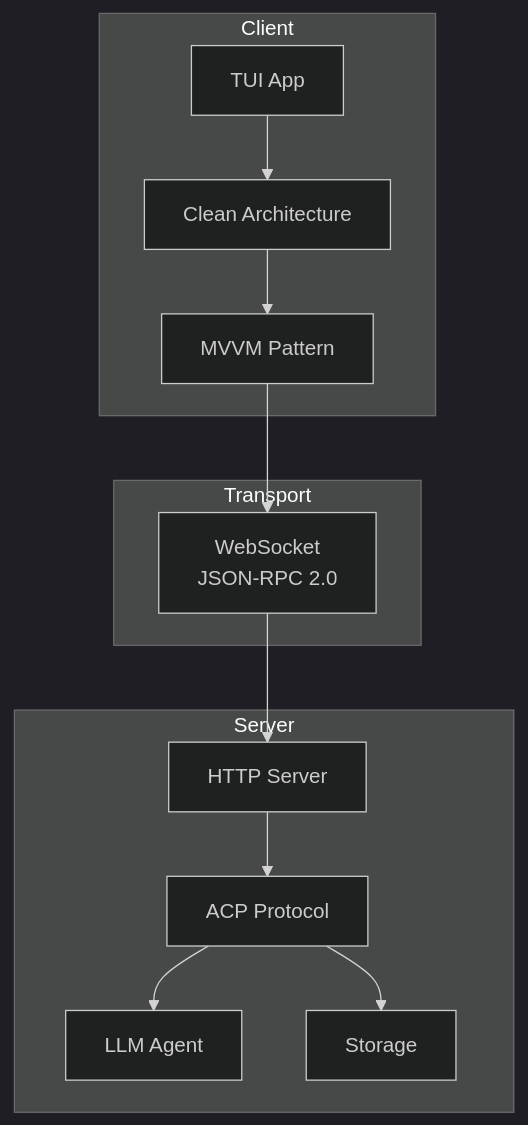
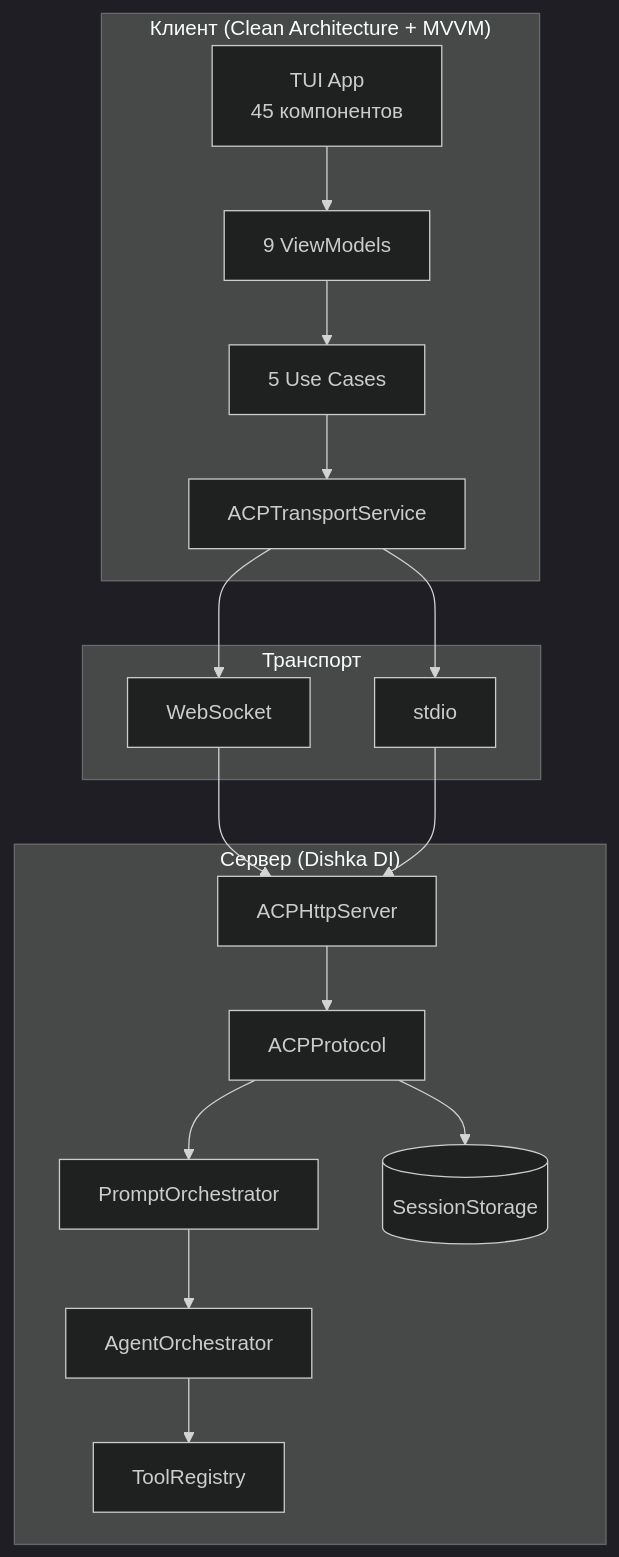
One commit to pese-git/codelab-ai changed the first of 3 diagrams in doc/product/developer-guide/01-architecture.md. Above: the diagram before and after it, drawn with Mermaid (dark theme). The commit also changed other lines of this file and 22 other files, not shown here.

````diff
--- a/doc/product/developer-guide/01-architecture.md
+++ b/doc/product/developer-guide/01-architecture.md
@@ -9,27 +9,29 @@
 ```mermaid
 graph TB
-    subgraph "Client"
-        TUI[TUI App]
-        Clean[Clean Architecture]
-        MVVM[MVVM Pattern]
+    subgraph Client["Клиент (Clean Architecture + MVVM)"]
+        TUI[TUI App<br/>45 компонентов]
+        VM[9 ViewModels]
+        UC[5 Use Cases]
+        TS[ACPTransportService]
     end
     
-    subgraph "Transport"
-        WS[WebSocket<br/>JSON-RPC 2.0]
+    subgraph Transport["Транспорт"]
+        WS[WebSocket]
+        STDIO[stdio]
     end
     
-    subgraph "Server"
-        HTTP[HTTP Server]
-        Protocol[ACP Protocol]
-        Agent[LLM Agent]
-        Storage[Storage]
+    subgraph Server["Сервер (Dishka DI)"]
+        HTTP[ACPHttpServer]
+        AP[ACPProtocol]
+        PO[PromptOrchestrator]
+        AO[AgentOrchestrator]
+        TR[ToolRegistry]
+        Storage[(SessionStorage)]
     end
     
-    TUI --> Clean
-    Clean --> MVVM
-    MVVM --> WS
-    WS --> HTTP
-    HTTP --> Protocol
-    Protocol --> Agent
-    Protocol --> Storage
+    TUI --> VM --> UC --> TS
+    TS --> WS & STDIO
+    WS & STDIO --> HTTP --> AP --> PO
+    PO --> AO --> TR
+    AP --> Storage
 ```
````
